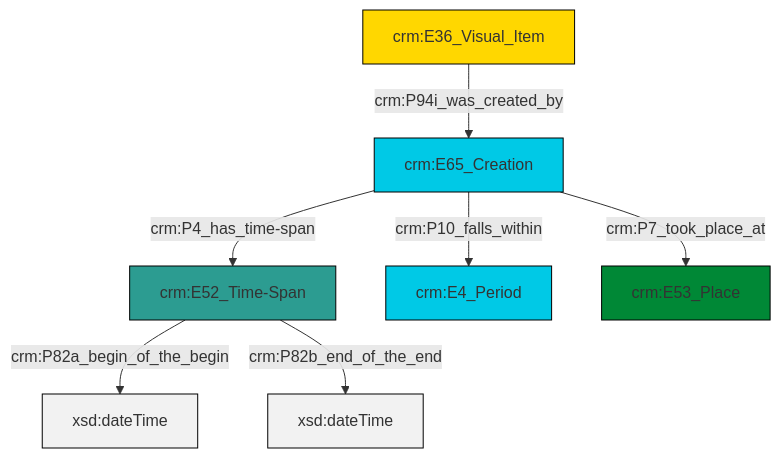
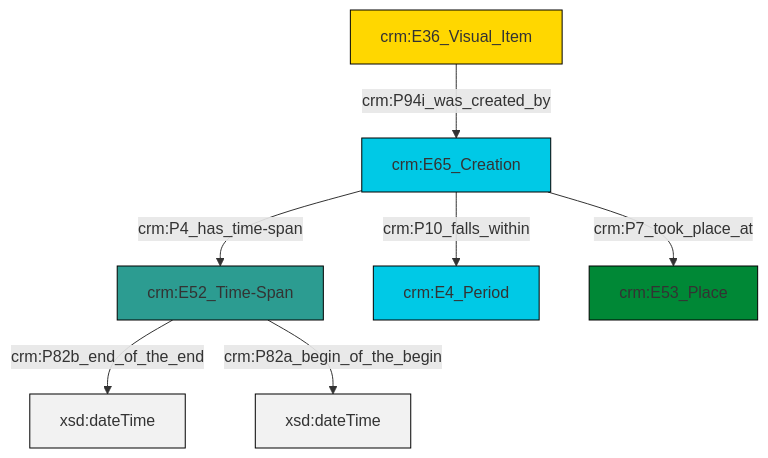
Before and after one commit to swiss-art-research-net/docs.swissartresearch: the diagram in et/imgCSV/ttl/mmd/img_existence.ttl.mmd, drawn with Mermaid. The commit also changed 178 other files, not shown here.

```diff
--- a/et/imgCSV/ttl/mmd/img_existence.ttl.mmd
+++ b/et/imgCSV/ttl/mmd/img_existence.ttl.mmd
@@ -1,21 +1,21 @@
 graph TD
 classDef Literal fill:#f2f2f2,stroke:#000000;
 classDef CRM_Entity fill:#FFFFFF,stroke:#000000;
 classDef Temporal_Entity fill:#00C9E6, stroke:#000000;
 classDef Type fill:#E18312, stroke:#000000;
 classDef Time-Span fill:#2C9C91, stroke:#000000;
 classDef Appellation fill:#FFEB7F, stroke:#000000;
 classDef Place fill:#008836, stroke:#000000;
 classDef Persistent_Item fill:#B266B2, stroke:#000000;
 classDef Conceptual_Object fill:#FFD700, stroke:#000000;
 classDef Physical_Thing fill:#D2B48C, stroke:#000000;
 classDef Actor fill:#f58aad, stroke:#000000;
 classDef PC_Classes fill:#4ce600, stroke:#000000;
 classDef Multi fill:#cccccc,stroke:#000000;
 
-0["crm:E52_Time-Span"]:::Time-Span -->|crm:P82a_begin_of_the_begin| 1[xsd:dateTime]:::Literal
 2["crm:E36_Visual_Item"]:::Conceptual_Object -->|crm:P94i_was_created_by| 3["crm:E65_Creation"]:::Temporal_Entity
+0["crm:E52_Time-Span"]:::Time-Span -->|crm:P82b_end_of_the_end| 7[xsd:dateTime]:::Literal
 3["crm:E65_Creation"]:::Temporal_Entity -->|crm:P4_has_time-span| 0["crm:E52_Time-Span"]:::Time-Span
-0["crm:E52_Time-Span"]:::Time-Span -->|crm:P82b_end_of_the_end| 8[xsd:dateTime]:::Literal
-3["crm:E65_Creation"]:::Temporal_Entity -->|crm:P10_falls_within| 5["crm:E4_Period"]:::Temporal_Entity
-3["crm:E65_Creation"]:::Temporal_Entity -->|crm:P7_took_place_at| 9["crm:E53_Place"]:::Place
+0["crm:E52_Time-Span"]:::Time-Span -->|crm:P82a_begin_of_the_begin| 9[xsd:dateTime]:::Literal
+3["crm:E65_Creation"]:::Temporal_Entity -->|crm:P7_took_place_at| 10["crm:E53_Place"]:::Place
+3["crm:E65_Creation"]:::Temporal_Entity -->|crm:P10_falls_within| 4["crm:E4_Period"]:::Temporal_Entity
```
